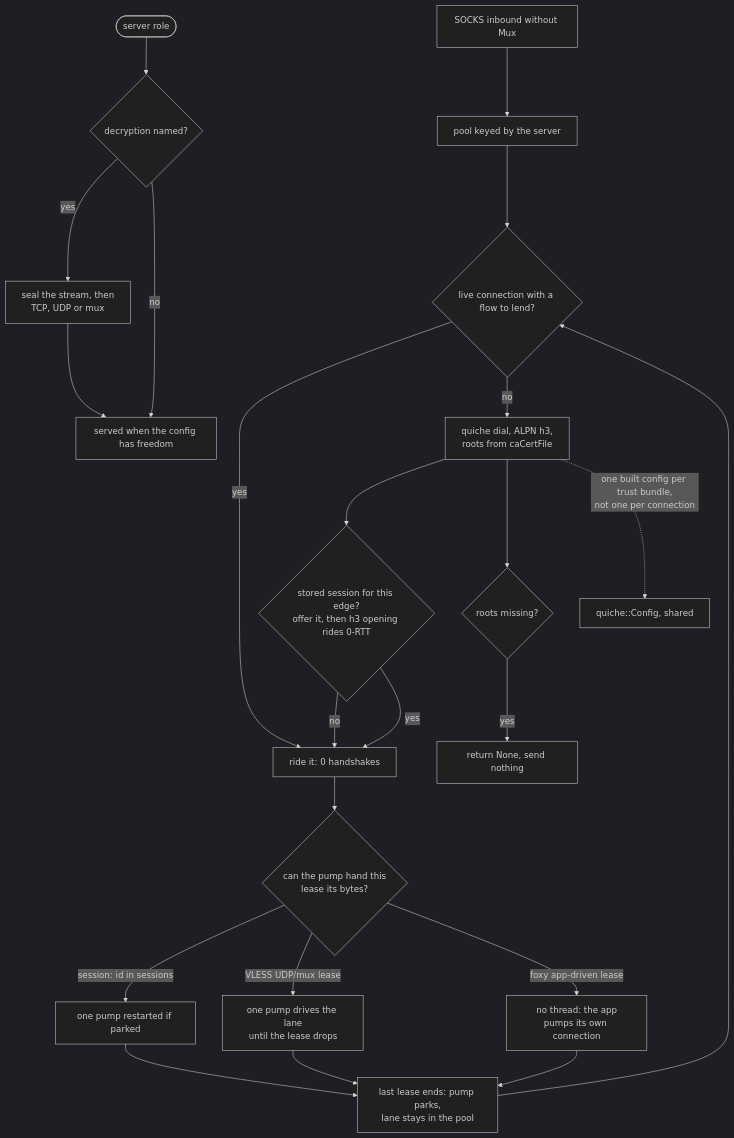
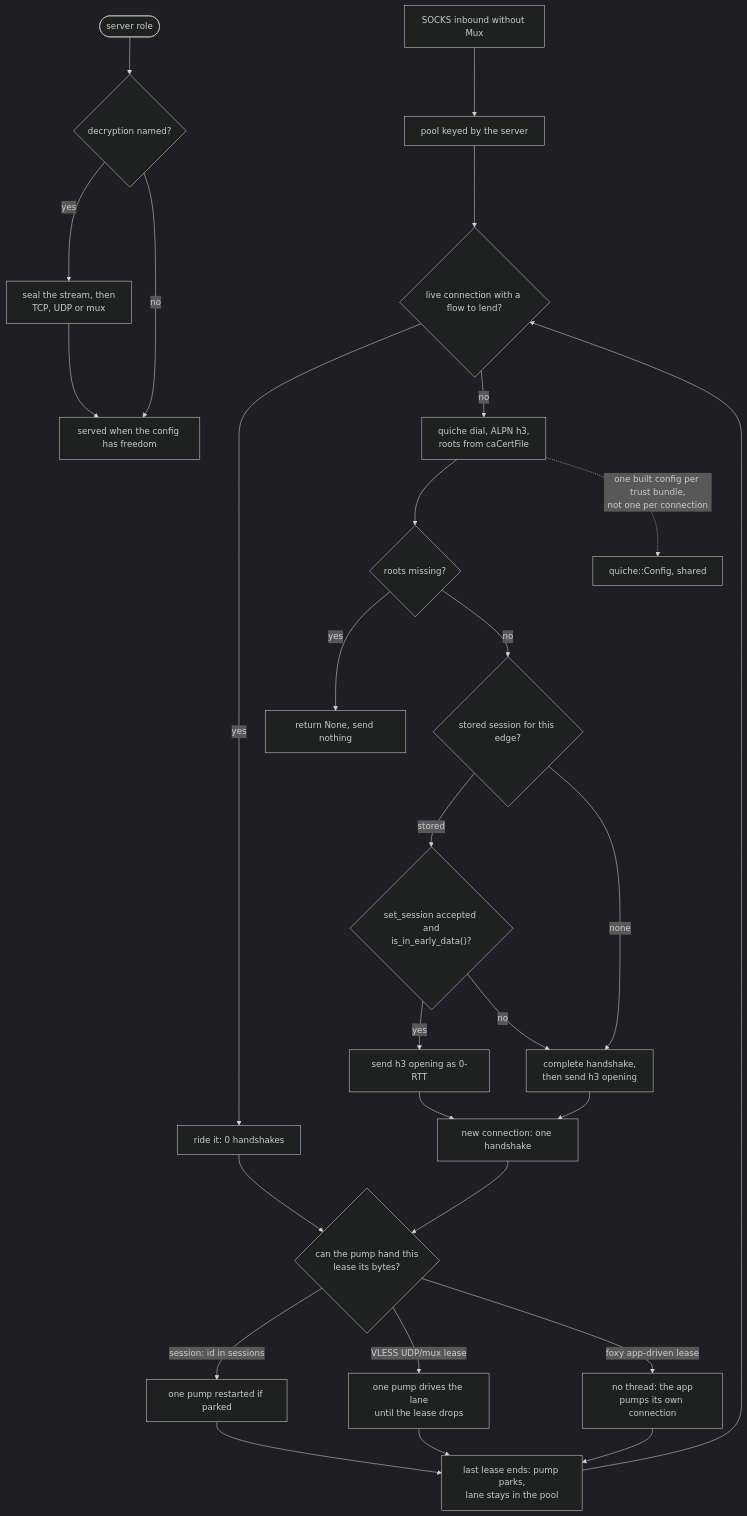
Before and after one commit to Ferrocite/ferrox: the diagram in docs/function/carrier-quic.md, drawn with Mermaid (dark theme). The commit also changed 2 other files, not shown here.

Commit message:
quic/vision: close the remaining review findings
Show the 0-RTT fallback and the new-dial handshake in the QUIC graph, pin the parts forwarded to the record layer, and guard Sealed against a join buffer.

````diff
--- a/docs/function/carrier-quic.md
+++ b/docs/function/carrier-quic.md
@@ -25,25 +25,30 @@
 ```mermaid
 graph TD
     S["SOCKS inbound without Mux"] --> P["pool keyed by the server"]
     P --> Q{"live connection with a flow to lend?"}
     Q -- yes --> U["ride it: 0 handshakes"]
     Q -- no --> D["quiche dial, ALPN h3,<br/>roots from caCertFile"]
-    D --> R0{"stored session for this edge?<br/>offer it, then h3 opening rides 0-RTT"}
-    R0 -- no --> U
-    R0 -- yes --> U
+    D --> N{"roots missing?"}
+    N -- yes --> X["return None, send nothing"]
+    N -- no --> R0{"stored session for this edge?"}
+    R0 -- "stored" --> EA{"set_session accepted and<br/>is_in_early_data()?"}
+    EA -- yes --> EA0["send h3 opening as 0-RTT"]
+    EA -- no --> EA1["complete handshake,<br/>then send h3 opening"]
+    R0 -- "none" --> EA1
+    EA0 --> C0["new connection: one handshake"]
+    EA1 --> C0
+    C0 --> V
     U --> V{"can the pump hand this<br/>lease its bytes?"}
     V -- "session: id in sessions" --> W["one pump restarted if parked"]
     V -- "VLESS UDP/mux lease" --> W2["one pump drives the lane<br/>until the lease drops"]
     V -- "foxy app-driven lease" --> Y["no thread: the app<br/>pumps its own connection"]
     W --> K["last lease ends: pump parks,<br/>lane stays in the pool"]
     W2 --> K
     Y --> K
     K --> Q
-    D --> N{"roots missing?"}
-    N -- yes --> X["return None, send nothing"]
     D -. "one built config per trust bundle,<br/>not one per connection" .-> CF["quiche::Config, shared"]
     H(["server role"]) --> E{"decryption named?"}
     E -- yes --> ES["seal the stream, then<br/>TCP, UDP or mux"]
     E -- no --> R["served when the config has freedom"]
     ES --> R
 ```
````
